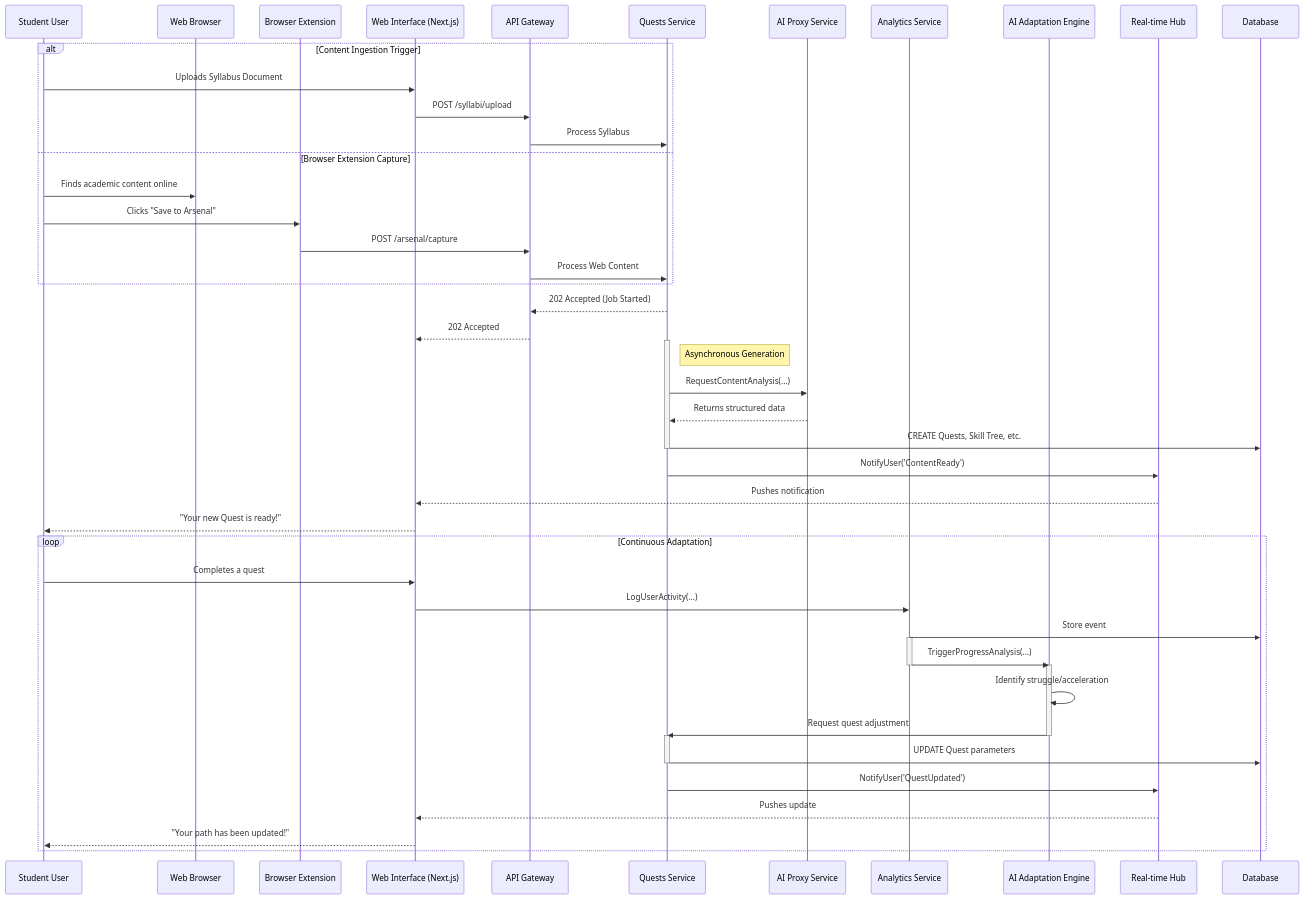
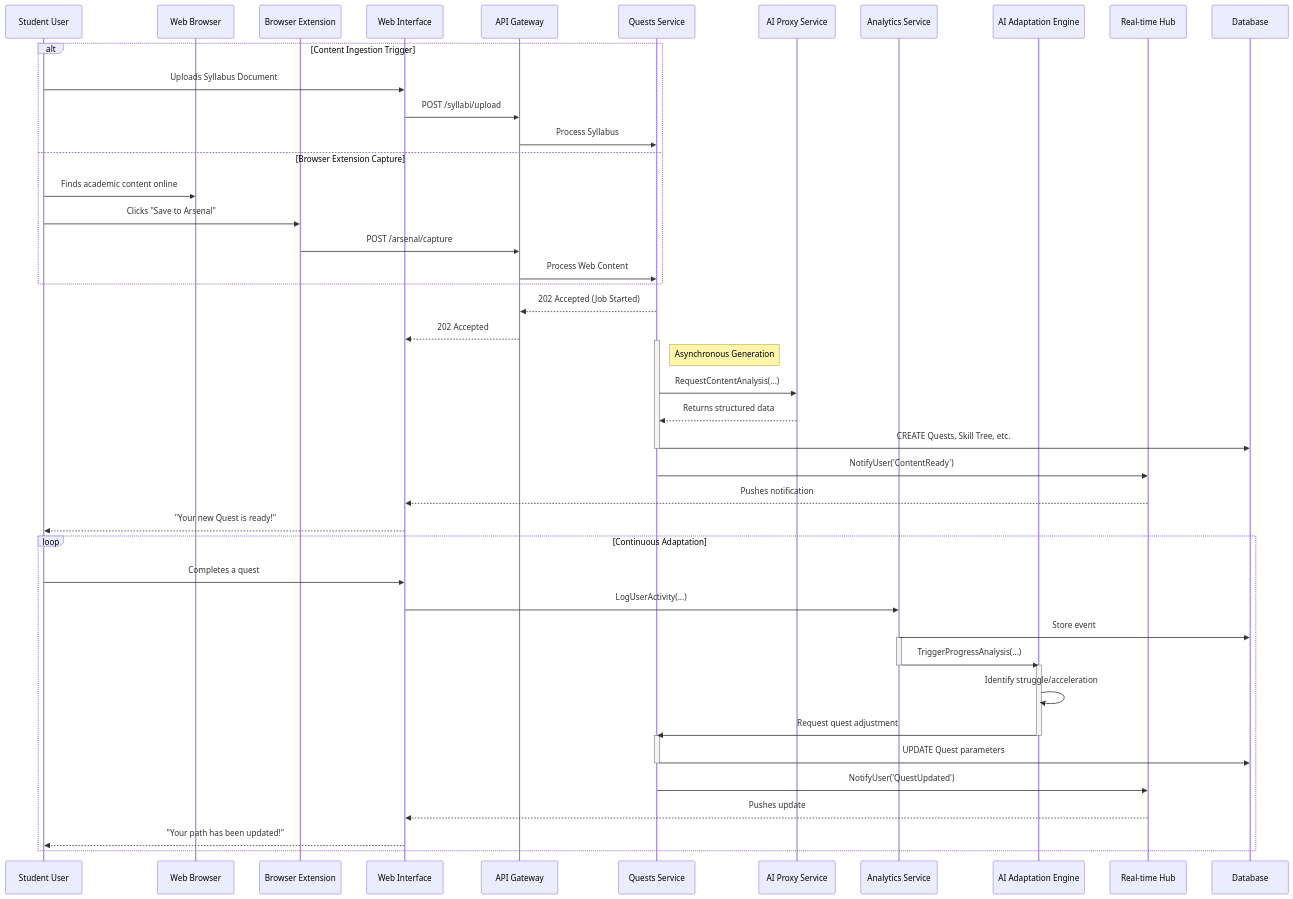
The diagram in mermaid-diagrams/sequence/02-ai-quest-generation.md (FA25SE050-RogueLearn/RogueLearn.BMAD.Documentation), drawn with Mermaid before and after one commit.

````diff
--- a/mermaid-diagrams/sequence/02-ai-quest-generation.md
+++ b/mermaid-diagrams/sequence/02-ai-quest-generation.md
@@ -3,64 +3,64 @@
 ```mermaid
 sequenceDiagram
     participant U as Student User
     participant Browser as Web Browser
     participant Extension as Browser Extension
-    participant UI as Web Interface (Next.js)
+    participant UI as Web Interface
     participant APIGateway as API Gateway
     participant QuestsService as Quests Service
     participant AIProxyService as AI Proxy Service
     participant AnalyticsService as Analytics Service
     participant AI_Engine as AI Adaptation Engine
     participant RealtimeHub as Real-time Hub
     participant Database as Database
 
     alt Content Ingestion Trigger
         U->>UI: Uploads Syllabus Document
         UI->>APIGateway: POST /syllabi/upload
         APIGateway->>QuestsService: Process Syllabus
     else Browser Extension Capture
         U->>Browser: Finds academic content online
         U->>Extension: Clicks "Save to Arsenal"
         Extension->>APIGateway: POST /arsenal/capture
         APIGateway->>QuestsService: Process Web Content
     end
     
     QuestsService-->>APIGateway: 202 Accepted (Job Started)
     APIGateway-->>UI: 202 Accepted
     
     activate QuestsService
     Note right of QuestsService: Asynchronous Generation
     QuestsService->>AIProxyService: RequestContentAnalysis(...)
     AIProxyService-->>QuestsService: Returns structured data
     QuestsService->>Database: CREATE Quests, Skill Tree, etc.
     deactivate QuestsService
     
     QuestsService->>RealtimeHub: NotifyUser('ContentReady')
     RealtimeHub-->>UI: Pushes notification
     UI-->>U: "Your new Quest is ready!"
 
     %% --- Continuous Adaptation Loop Begins After User Interaction ---
 
     loop Continuous Adaptation
         U->>UI: Completes a quest
         UI->>AnalyticsService: LogUserActivity(...)
         AnalyticsService->>Database: Store event
 
         activate AnalyticsService
         AnalyticsService->>AI_Engine: TriggerProgressAnalysis(...)
         deactivate AnalyticsService
         
         activate AI_Engine
         AI_Engine->>AI_Engine: Identify struggle/acceleration
         AI_Engine->>QuestsService: Request quest adjustment
         deactivate AI_Engine
 
         activate QuestsService
         QuestsService->>Database: UPDATE Quest parameters
         deactivate QuestsService
         
         QuestsService->>RealtimeHub: NotifyUser('QuestUpdated')
         RealtimeHub-->>UI: Pushes update
         UI-->>U: "Your path has been updated!"
     end
 ```
````
